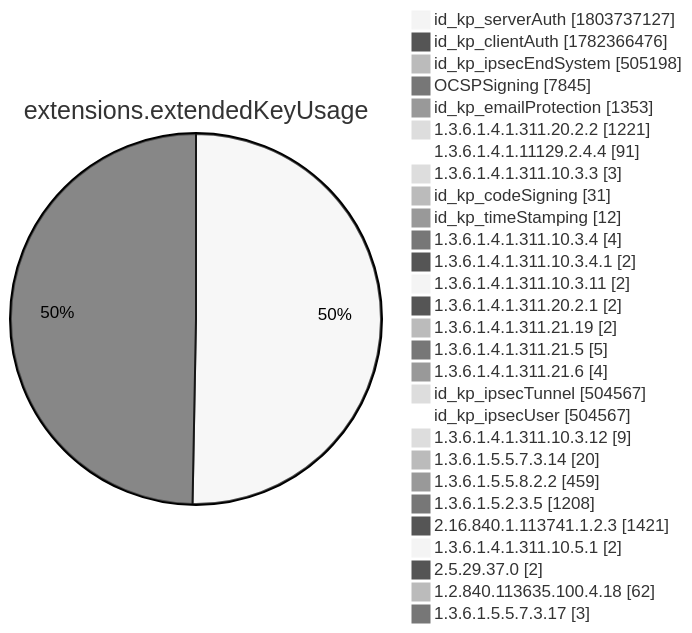
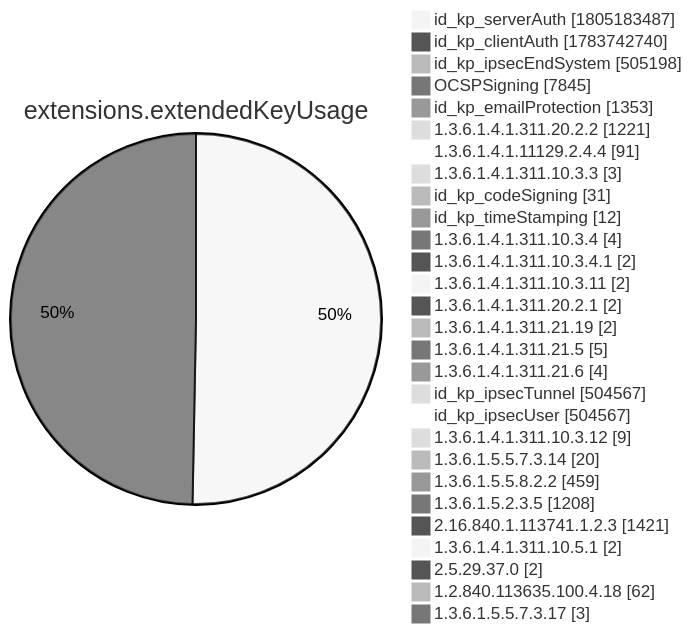
Diagram 12 of 15 in xenon2022/README.md (christiankrug/ctmonitor_visualization), drawn with Mermaid (neutral theme) before and after one commit. The commit also changed other lines of this file, not shown here.

````diff
--- a/xenon2022/README.md
+++ b/xenon2022/README.md
@@ -3895,32 +3895,32 @@
 ```mermaid
 pie showData
 title extensions.extendedKeyUsage
-"id_kp_serverAuth" :1803737127
-"id_kp_clientAuth" :1782366476
+"id_kp_serverAuth" :1805183487
+"id_kp_clientAuth" :1783742740
 "id_kp_ipsecEndSystem" :505198
 "OCSPSigning" :7845
 "id_kp_emailProtection" :1353
 "1.3.6.1.4.1.311.20.2.2" :1221
 "1.3.6.1.4.1.11129.2.4.4" :91
 "1.3.6.1.4.1.311.10.3.3" :3
 "id_kp_codeSigning" :31
 "id_kp_timeStamping" :12
 "1.3.6.1.4.1.311.10.3.4" :4
 "1.3.6.1.4.1.311.10.3.4.1" :2
 "1.3.6.1.4.1.311.10.3.11" :2
 "1.3.6.1.4.1.311.20.2.1" :2
 "1.3.6.1.4.1.311.21.19" :2
 "1.3.6.1.4.1.311.21.5" :5
 "1.3.6.1.4.1.311.21.6" :4
 "id_kp_ipsecTunnel" :504567
 "id_kp_ipsecUser" :504567
 "1.3.6.1.4.1.311.10.3.12" :9
 "1.3.6.1.5.5.7.3.14" :20
 "1.3.6.1.5.5.8.2.2" :459
 "1.3.6.1.5.2.3.5" :1208
 "2.16.840.1.113741.1.2.3" :1421
 "1.3.6.1.4.1.311.10.5.1" :2
 "2.5.29.37.0" :2
 "1.2.840.113635.100.4.18" :62
 "1.3.6.1.5.5.7.3.17" :3
 ```
````
